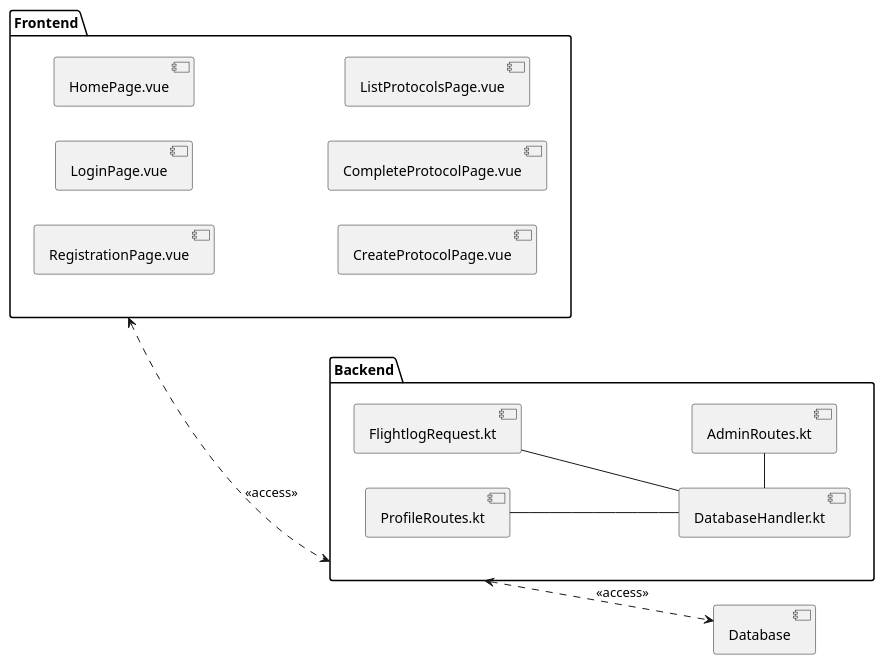
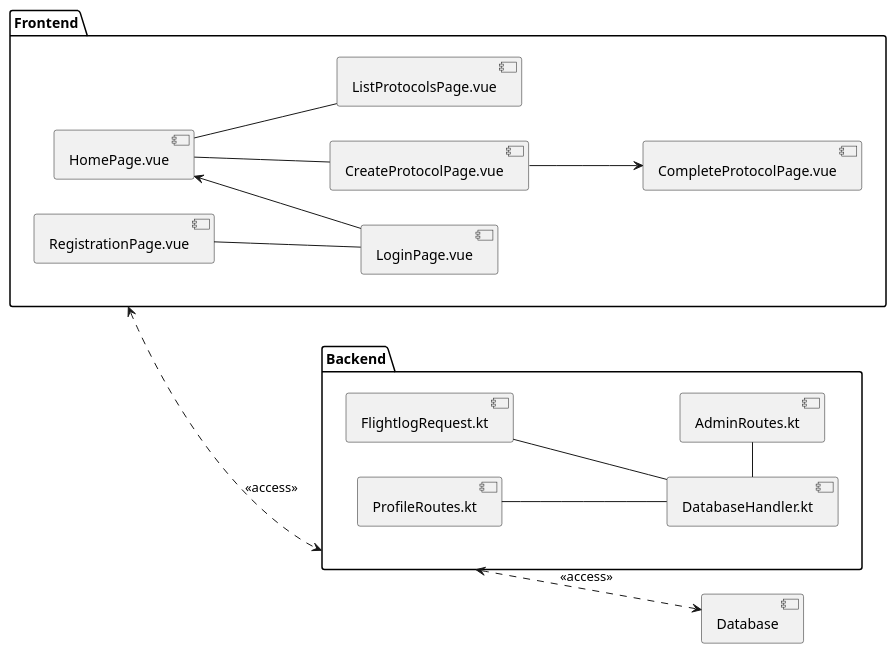
Before and after one commit to jakobkmar/E09-modellflug-logbuch: the diagram in docs/architecture/resources/package_diagram.puml, drawn with PlantUML. The commit also changed 1 other file, not shown here.

```diff
--- a/docs/architecture/resources/package_diagram.puml
+++ b/docs/architecture/resources/package_diagram.puml
@@ -1,20 +1,19 @@
 @startuml
 left to right direction
     package "Frontend" {
-        [RegistrationPage.vue]
-        [LoginPage.vue]
-        [HomePage.vue]
-        [CreateProtocolPage.vue]
-        [CompleteProtocolPage.vue]
-        [ListProtocolsPage.vue]
+        [RegistrationPage.vue] -d- [LoginPage.vue]
+        [LoginPage.vue] -u-> [HomePage.vue]
+        [HomePage.vue] -d- [CreateProtocolPage.vue]
+        [CreateProtocolPage.vue] -d-> [CompleteProtocolPage.vue]
+        [HomePage.vue] -d- [ListProtocolsPage.vue]
     }
     Frontend <..> Backend: <<access>>
 
     package "Backend" {
         [FlightlogRequest.kt] -d- [DatabaseHandler.kt]
         [ProfileRoutes.kt] -d- [DatabaseHandler.kt]
         [AdminRoutes.kt] -l- [DatabaseHandler.kt]
         [DatabaseHandler.kt]
     }
     [Database] <.u.> Backend: <<access>>
 @enduml
```
